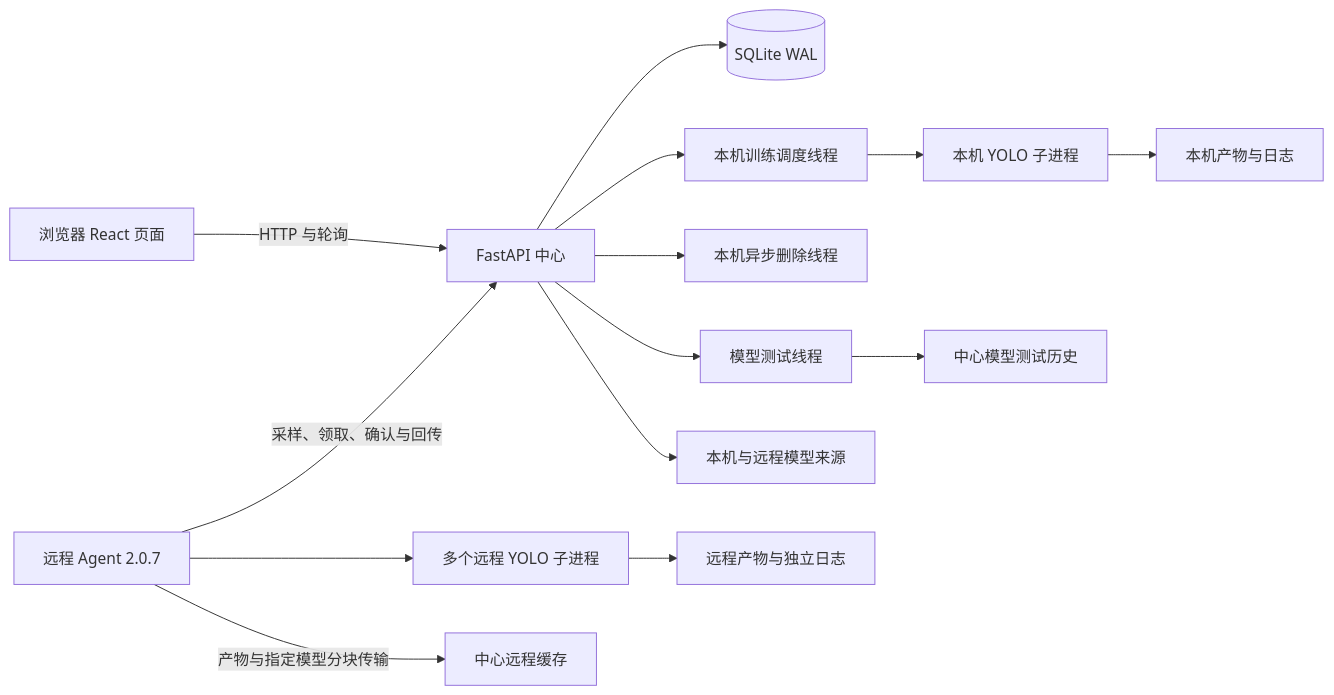
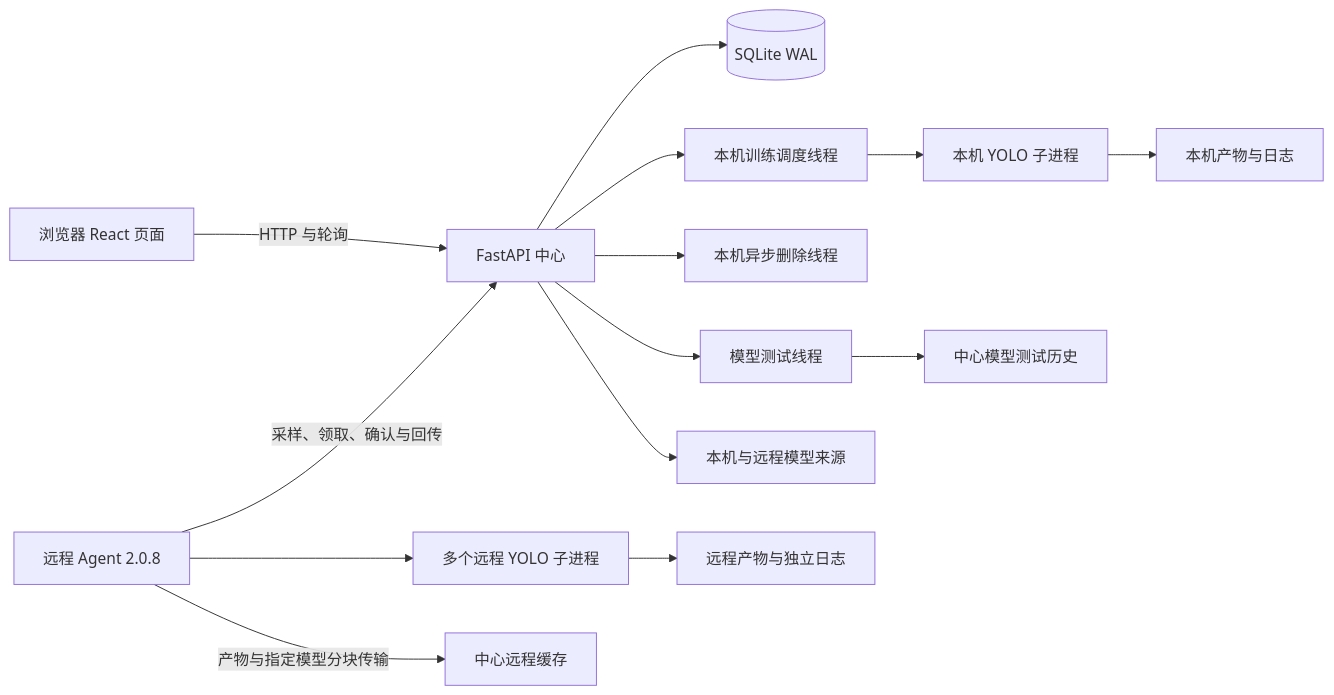
The diagram in docs/project-analysis.md (scsg666g/yolo-xlpt), drawn with Mermaid before and after one commit. The commit also changed other lines of this file and 28 other files, not shown here.

````diff
--- a/docs/project-analysis.md
+++ b/docs/project-analysis.md
@@ -78,16 +91,16 @@
 ```mermaid
 flowchart LR
     UI[浏览器 React 页面] -->|HTTP 与轮询| API[FastAPI 中心]
     API --> DB[(SQLite WAL)]
     API --> S[本机训练调度线程]
     S --> CLI[本机 YOLO 子进程]
     CLI --> FS[本机产物与日志]
     API --> D[本机异步删除线程]
     API --> I[模型测试线程]
     I --> MH[中心模型测试历史]
     API --> MA[本机与远程模型来源]
-    AG[远程 Agent 2.0.7] -->|采样、领取、确认与回传| API
+    AG[远程 Agent 2.0.8] -->|采样、领取、确认与回传| API
     AG --> RC[多个远程 YOLO 子进程]
     RC --> RF[远程产物与独立日志]
     AG -->|产物与指定模型分块传输| CACHE[中心远程缓存]
 ```
````
